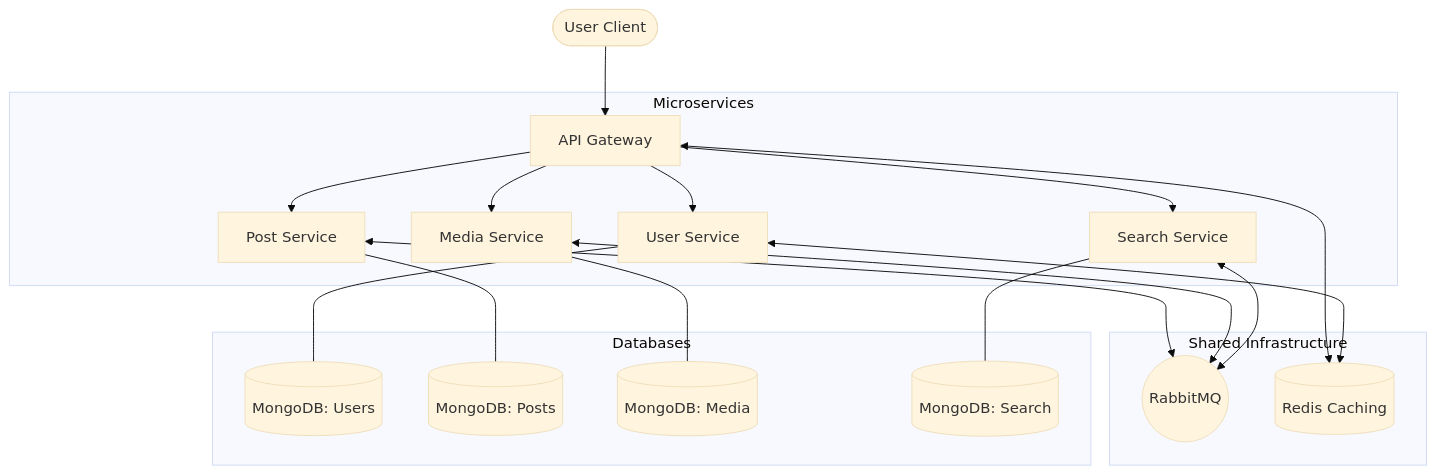
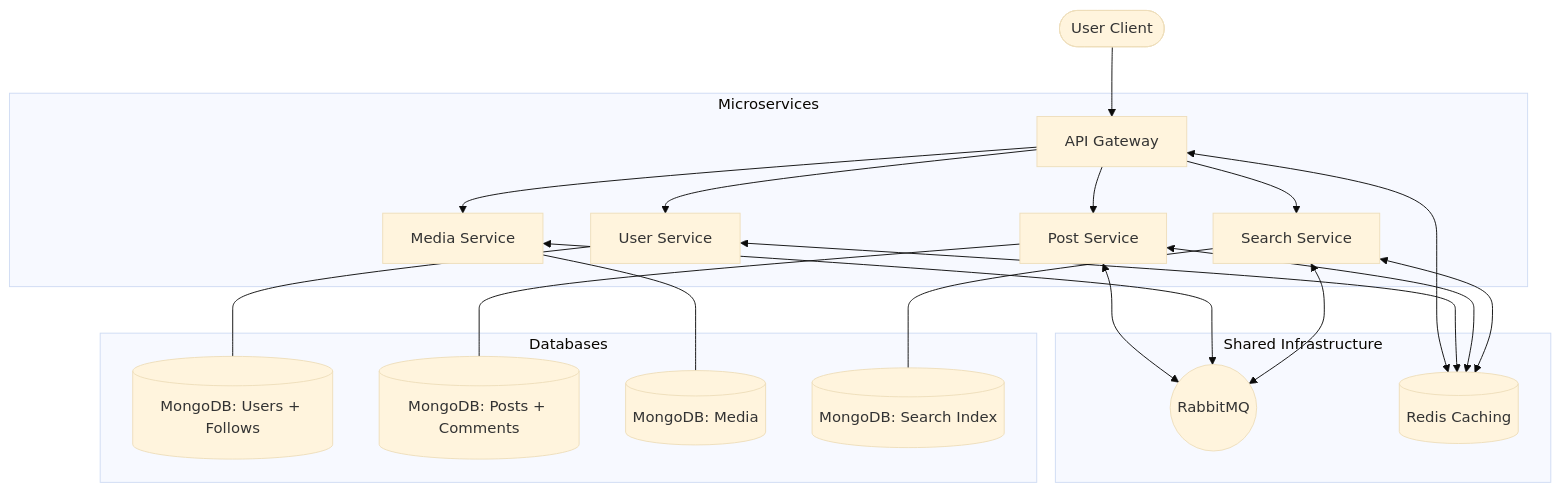
Before and after one commit to nishantkumar35/micro-service-social-media: the diagram in README.md, drawn with Mermaid (base theme). The commit also changed other lines of this file and 45 other files, not shown here.

````diff
--- a/README.md
+++ b/README.md
@@ -11,27 +11,29 @@
 ```mermaid
 graph TD
     User([User Client]) --> Gateway[API Gateway]
     
     subgraph Microservices
         Gateway --> UserService[User Service]
         Gateway --> PostService[Post Service]
         Gateway --> MediaService[Media Service]
         Gateway --> SearchService[Search Service]
     end
     
     subgraph Shared Infrastructure
         PostService <--> RabbitMQ((RabbitMQ))
         MediaService <--> RabbitMQ
         SearchService <--> RabbitMQ
         
         Gateway <--> Redis[(Redis Caching)]
         UserService <--> Redis
+        PostService <--> Redis
+        SearchService <--> Redis
     end
     
     subgraph Databases
-        UserService --- DB1[(MongoDB: Users)]
-        PostService --- DB2[(MongoDB: Posts)]
+        UserService --- DB1[(MongoDB: Users + Follows)]
+        PostService --- DB2[(MongoDB: Posts + Comments)]
         MediaService --- DB3[(MongoDB: Media)]
-        SearchService --- DB4[(MongoDB: Search)]
+        SearchService --- DB4[(MongoDB: Search Index)]
     end
 ```
````
